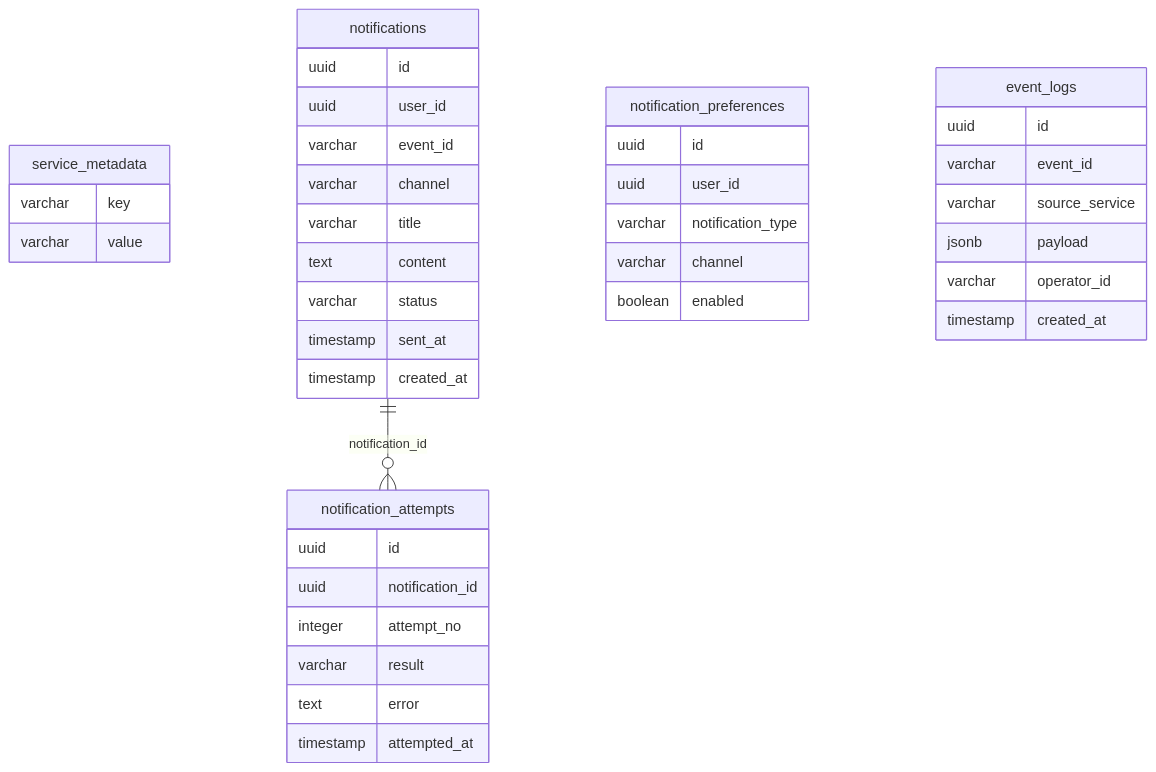
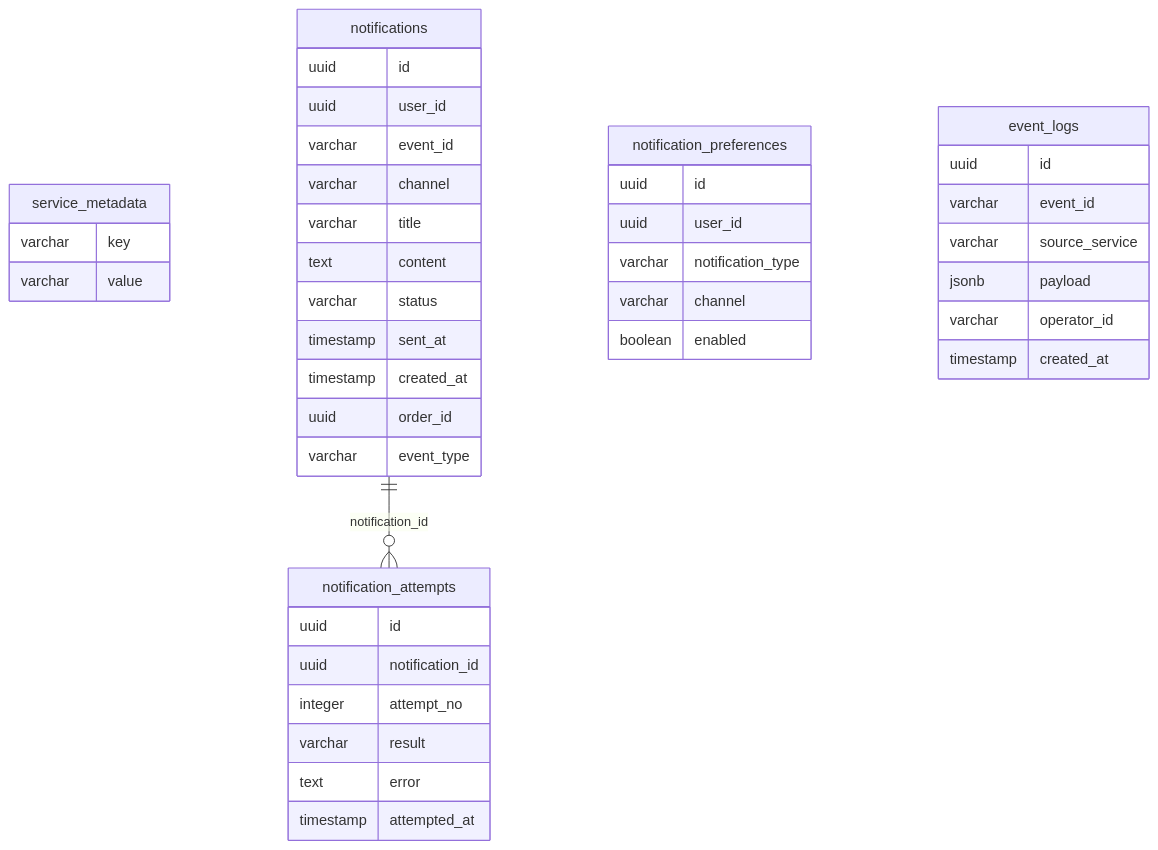
One commit to harry-leon/e-commerce-auction changed the sixth of 7 diagrams in docs/database/ERD.md. Above: the diagram before and after it, drawn with Mermaid. The commit also changed other lines of this file and 95 other files, not shown here.

````diff
--- a/docs/database/ERD.md
+++ b/docs/database/ERD.md
@@ -333,42 +392,44 @@
 ```mermaid
 erDiagram
   service_metadata {
     varchar key
     varchar value
   }
   notifications {
     uuid id
     uuid user_id
     varchar event_id
     varchar channel
     varchar title
     text content
     varchar status
     timestamp sent_at
     timestamp created_at
+    uuid order_id
+    varchar event_type
   }
   notification_attempts {
     uuid id
     uuid notification_id
     integer attempt_no
     varchar result
     text error
     timestamp attempted_at
   }
   notification_preferences {
     uuid id
     uuid user_id
     varchar notification_type
     varchar channel
     boolean enabled
   }
   event_logs {
     uuid id
     varchar event_id
     varchar source_service
     jsonb payload
     varchar operator_id
     timestamp created_at
   }
   notifications ||--o{ notification_attempts : notification_id
 ```
````
